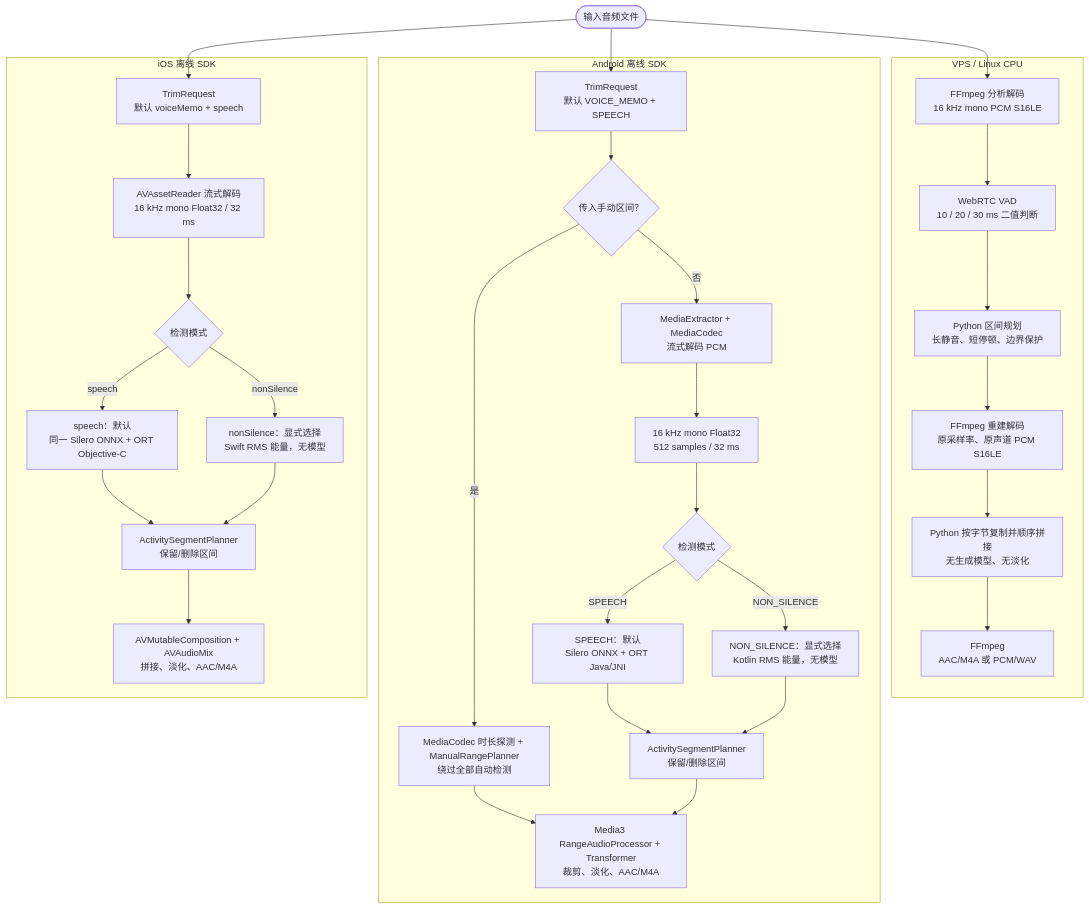
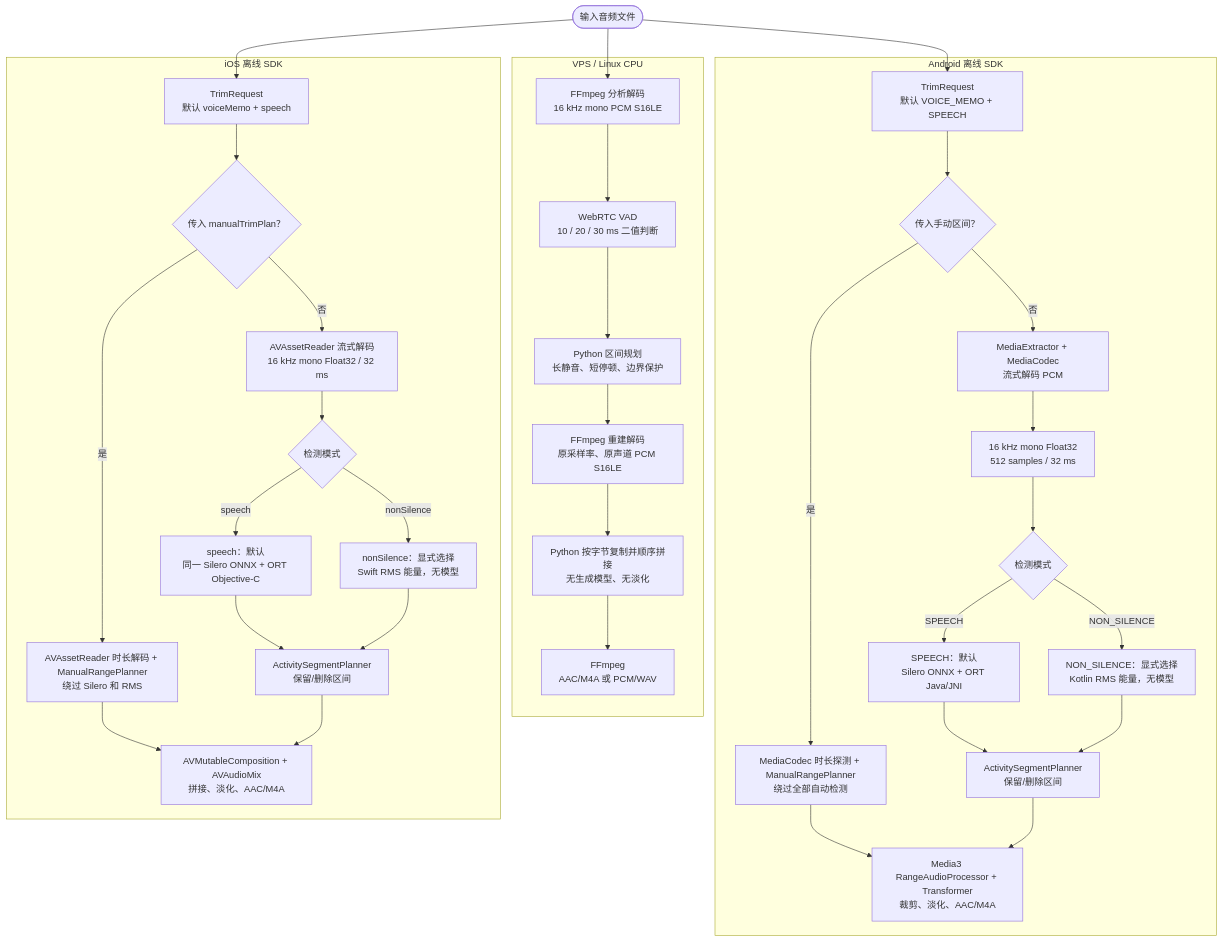
Before and after one commit to tianrking/vad_solution: the diagram in README.md, drawn with Mermaid. The commit also changed other lines of this file and 19 other files, not shown here.

Commit message:
Complete iOS SDK parity and manual trim chain

````diff
--- a/README.md
+++ b/README.md
@@ -49,51 +49,55 @@
 ```mermaid
 flowchart TB
     INPUT(["输入音频文件"])
 
     subgraph VPS["VPS / Linux CPU"]
         V1["FFmpeg 分析解码<br/>16 kHz mono PCM S16LE"]
         V2["WebRTC VAD<br/>10 / 20 / 30 ms 二值判断"]
         V3["Python 区间规划<br/>长静音、短停顿、边界保护"]
         V4["FFmpeg 重建解码<br/>原采样率、原声道 PCM S16LE"]
         V5["Python 按字节复制并顺序拼接<br/>无生成模型、无淡化"]
         V6["FFmpeg<br/>AAC/M4A 或 PCM/WAV"]
         V1 --> V2 --> V3 --> V4 --> V5 --> V6
     end
 
     subgraph ANDROID["Android 离线 SDK"]
         A0["TrimRequest<br/>默认 VOICE_MEMO + SPEECH"]
         A1{"传入手动区间？"}
         AM["MediaCodec 时长探测 + ManualRangePlanner<br/>绕过全部自动检测"]
         A2["MediaExtractor + MediaCodec<br/>流式解码 PCM"]
         A3["16 kHz mono Float32<br/>512 samples / 32 ms"]
         A4{"检测模式"}
         AS["SPEECH：默认<br/>Silero ONNX + ORT Java/JNI"]
         AE["NON_SILENCE：显式选择<br/>Kotlin RMS 能量，无模型"]
         AP["ActivitySegmentPlanner<br/>保留/删除区间"]
         AX["Media3 RangeAudioProcessor + Transformer<br/>裁剪、淡化、AAC/M4A"]
         A0 --> A1
         A1 -- "是" --> AM --> AX
         A1 -- "否" --> A2 --> A3 --> A4
         A4 -- "SPEECH" --> AS --> AP
         A4 -- "NON_SILENCE" --> AE --> AP
         AP --> AX
     end
 
     subgraph IOS["iOS 离线 SDK"]
         I0["TrimRequest<br/>默认 voiceMemo + speech"]
-        I1["AVAssetReader 流式解码<br/>16 kHz mono Float32 / 32 ms"]
+        I1{"传入 manualTrimPlan？"}
+        IM["AVAssetReader 时长解码 + ManualRangePlanner<br/>绕过 Silero 和 RMS"]
+        ID["AVAssetReader 流式解码<br/>16 kHz mono Float32 / 32 ms"]
         I2{"检测模式"}
         IS["speech：默认<br/>同一 Silero ONNX + ORT Objective-C"]
         IE["nonSilence：显式选择<br/>Swift RMS 能量，无模型"]
         IP["ActivitySegmentPlanner<br/>保留/删除区间"]
         IX["AVMutableComposition + AVAudioMix<br/>拼接、淡化、AAC/M4A"]
-        I0 --> I1 --> I2
+        I0 --> I1
+        I1 -- "是" --> IM --> IX
+        I1 -- "否" --> ID --> I2
         I2 -- "speech" --> IS --> IP
         I2 -- "nonSilence" --> IE --> IP
         IP --> IX
     end
 
     INPUT --> V1
     INPUT --> A0
     INPUT --> I0
 ```
````
